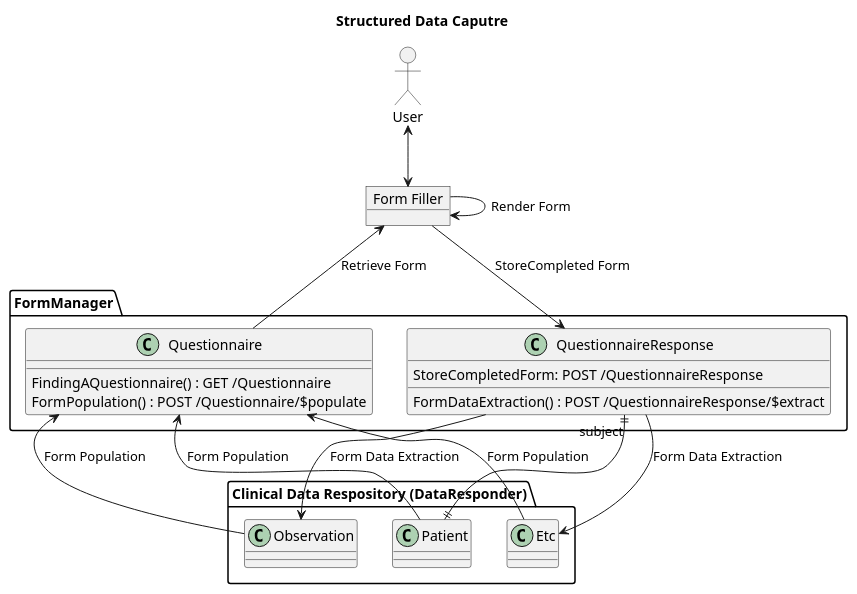
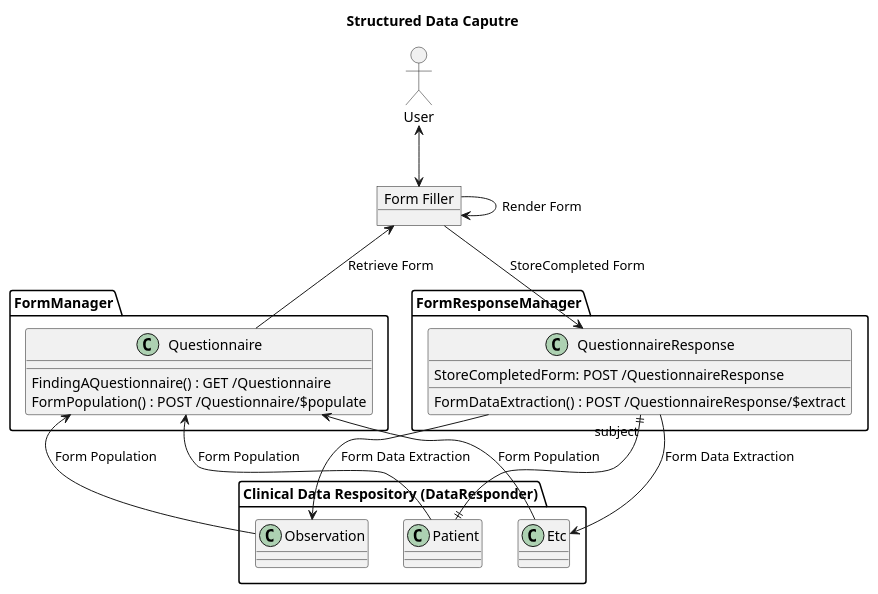
Before and after one commit to NHSDigital/interoperability-standards-documentation: the diagram in input/images-source/structured-data-capture.plantuml, drawn with PlantUML. The commit also changed 333 other files, not shown here.

Commit message:
SDC sequence diagrams

```diff
--- a/input/images-source/structured-data-capture.plantuml
+++ b/input/images-source/structured-data-capture.plantuml
@@ -1,52 +1,55 @@
 @startuml
 
 
 title Structured Data Caputre
 
 
 mix_actor "User" as user
 
 object "Form Filler" as formFiller
 
 package FormManager {
 
   class Questionnaire {
   FindingAQuestionnaire() : GET /Questionnaire
   FormPopulation() : POST /Questionnaire/$populate
   }
+}
+
+package FormResponseManager {
 
   class QuestionnaireResponse {
       StoreCompletedForm: POST /QuestionnaireResponse
       FormDataExtraction() : POST /QuestionnaireResponse/$extract
   }
 }
 
 
 package DataResponder as "Clinical Data Respository (DataResponder)" {
     class Observation {
 
     }
     class Patient {
 
     }
     class Etc {
 
     }
 }
 
 
 user <--> formFiller
 
 formFiller --> formFiller: Render Form
 
 formFiller <-- Questionnaire: Retrieve Form
 Questionnaire <-- Observation: Form Population
 Questionnaire <-- Patient: Form Population
 Questionnaire <-- Etc: Form Population
 
 formFiller --> QuestionnaireResponse: StoreCompleted Form
 QuestionnaireResponse --> Observation: Form Data Extraction
 QuestionnaireResponse "subject" ||--|| Patient
 QuestionnaireResponse --> Etc: Form Data Extraction
 
 @enduml
```
